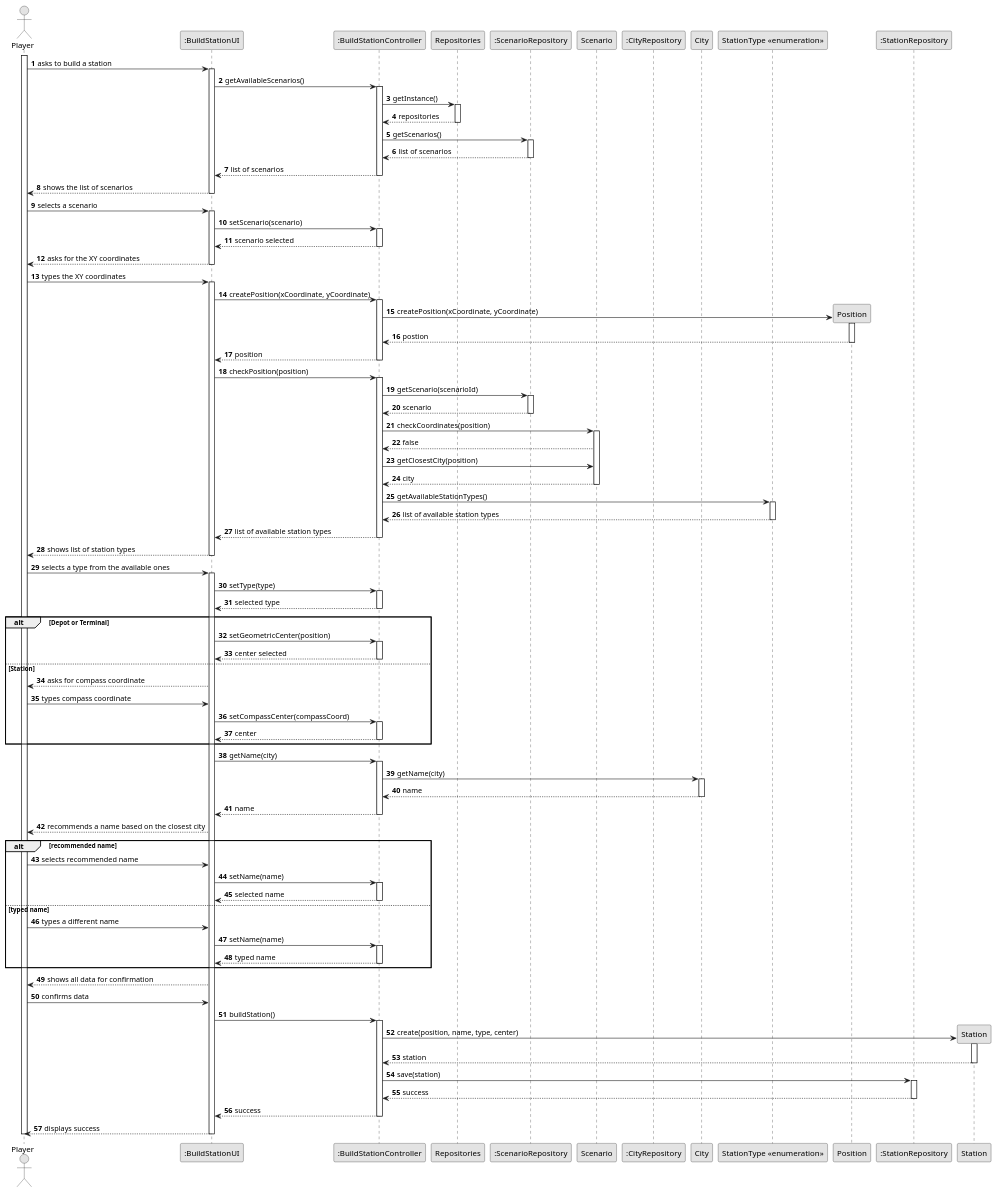
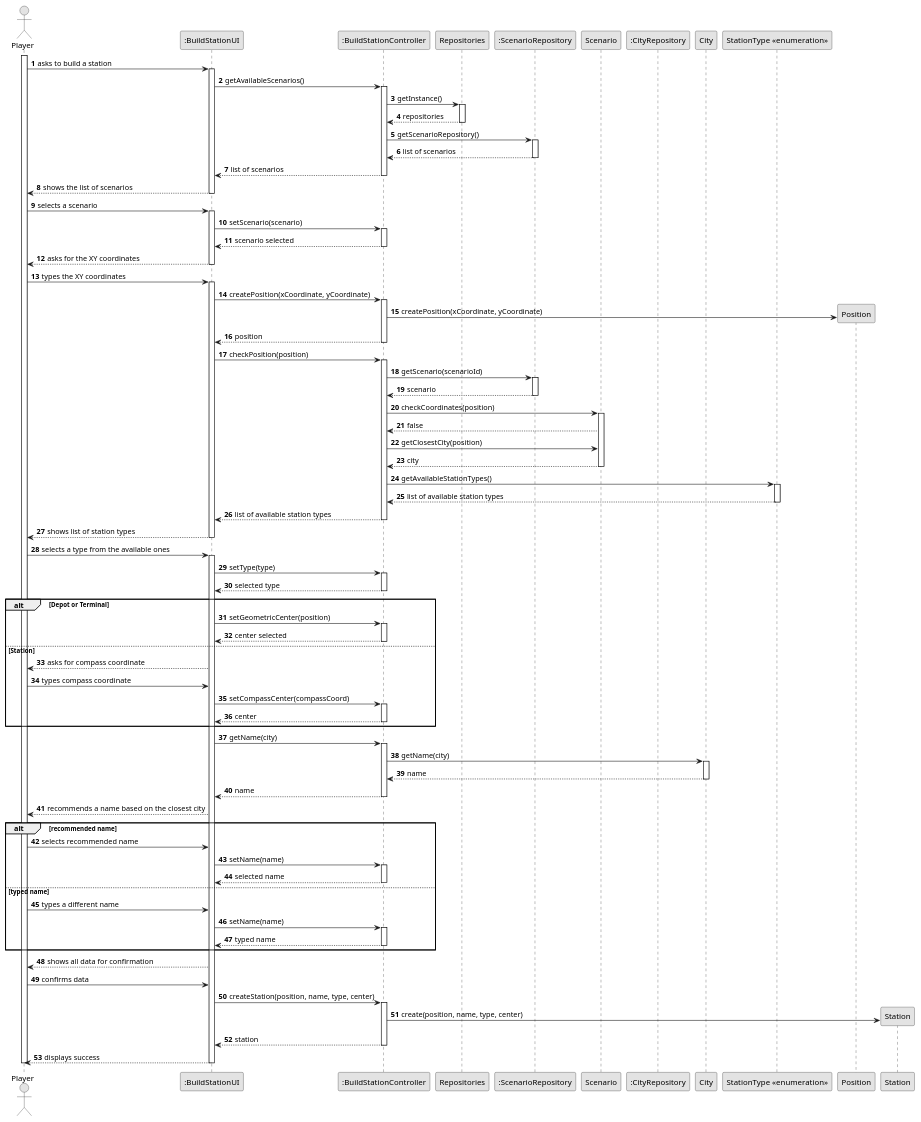
The diagram in Sprint2/US005/03.design/puml/US005-SD-full.puml (1240935/pi2-railway-simulator), drawn with PlantUML before and after one commit. The commit also changed 13 other files, not shown here.

```diff
--- a/Sprint2/US005/03.design/puml/US005-SD-full.puml
+++ b/Sprint2/US005/03.design/puml/US005-SD-full.puml
@@ -1,197 +1,186 @@
 @startuml
 skinparam monochrome true
 skinparam packageStyle rectangle
 skinparam shadowing false
 
 autonumber
 
 actor "Player" as PLAYER
 participant ":BuildStationUI" as UI
 participant ":BuildStationController" as CTRL
 participant "Repositories" as REPOS
 participant ":ScenarioRepository" as SCEN_REPO
 participant "Scenario" as SCENARIO
 participant ":CityRepository" as CITY_REPO
 participant "City" as CITY
 participant "StationType <<enumeration>>" as TYPE
 participant "Position" as POSITION
-participant ":StationRepository" as STATION_REPO
 participant "Station" as STATION
 
 
 activate PLAYER
 
     PLAYER -> UI : asks to build a station
     activate UI
 
         UI -> CTRL : getAvailableScenarios()
         activate CTRL
 
                 CTRL -> REPOS : getInstance()
                 activate REPOS
 
                 REPOS --> CTRL: repositories
 
                 deactivate REPOS
 
-            CTRL -> SCEN_REPO : getScenarios()
+            CTRL -> SCEN_REPO : getScenarioRepository()
             activate SCEN_REPO
 
             SCEN_REPO --> CTRL : list of scenarios
 
             deactivate SCEN_REPO
         CTRL --> UI : list of scenarios
         deactivate CTRL
 
         UI --> PLAYER : shows the list of scenarios
     deactivate UI
 
     PLAYER -> UI : selects a scenario
     activate UI
 
         UI -> CTRL :setScenario(scenario)
 
         activate CTRL
 
         CTRL --> UI : scenario selected
 
         deactivate CTRL
 
          UI --> PLAYER :  asks for the XY coordinates
     deactivate UI
 
 
     PLAYER -> UI : types the XY coordinates
     activate UI
 
         UI -> CTRL : createPosition(xCoordinate, yCoordinate)
         activate CTRL
         CTRL -> POSITION **: createPosition(xCoordinate, yCoordinate)
-        activate POSITION
-        POSITION --> CTRL : postion
-        deactivate POSITION
+
         CTRL --> UI : position
         deactivate CTRL
 
         UI -> CTRL : checkPosition(position)
 
         activate CTRL
 
             CTRL -> SCEN_REPO : getScenario(scenarioId)
 
             activate SCEN_REPO
                 SCEN_REPO --> CTRL : scenario
             deactivate SCEN_REPO
 
             CTRL -> SCENARIO : checkCoordinates(position)
 
             activate SCENARIO
 
             SCENARIO --> CTRL : false
 
             CTRL -> SCENARIO : getClosestCity(position)
             SCENARIO --> CTRL : city
 
             deactivate SCENARIO
 
             CTRL -> TYPE : getAvailableStationTypes()
             activate TYPE
-            TYPE --> CTRL : list of available station types
+                TYPE --> CTRL : list of available station types
             deactivate TYPE
             CTRL --> UI : list of available station types
-            deactivate CTRL
+    deactivate CTRL
 
 
 
     UI --> PLAYER : shows list of station types
 
     deactivate UI
 
     PLAYER -> UI : selects a type from the available ones
 
     activate UI
         UI -> CTRL : setType(type)
 
         activate CTRL
 
         CTRL --> UI : selected type
 
         deactivate CTRL
 
     alt Depot or Terminal
         UI -> CTRL : setGeometricCenter(position)
         activate CTRL
         CTRL --> UI : center selected
         deactivate CTRL
     else Station
         UI --> PLAYER : asks for compass coordinate
 
         PLAYER -> UI : types compass coordinate
         UI -> CTRL : setCompassCenter(compassCoord)
 
         activate CTRL
 
         CTRL --> UI : center
 
 
         deactivate CTRL
 
         end alt
 
         UI -> CTRL: getName(city)
         activate CTRL
 
 
                                 CTRL -> CITY : getName(city)
 
                                 activate CITY
 
                                 CITY --> CTRL : name
 
                                 deactivate CITY
 
                                 CTRL --> UI : name
                 deactivate CTRL
 
 
         UI --> PLAYER : recommends a name based on the closest city
 
         alt recommended name
             PLAYER -> UI : selects recommended name
             UI -> CTRL : setName(name)
             activate CTRL
             CTRL --> UI : selected name
             deactivate CTRL
         else typed name
             PLAYER -> UI : types a different name
 
         UI -> CTRL : setName(name)
 
         activate CTRL
         CTRL --> UI : typed name
         deactivate CTRL
 
        end alt
     UI --> PLAYER : shows all data for confirmation
     PLAYER -> UI : confirms data
 
-        UI -> CTRL : buildStation()
+        UI -> CTRL : createStation(position, name, type, center)
         activate CTRL
             CTRL -> STATION **: create(position, name, type, center)
-            activate STATION
-            STATION --> CTRL: station
-            deactivate STATION
 
-            CTRL -> STATION_REPO : save(station)
-            activate STATION_REPO
-            STATION_REPO --> CTRL: success
-            deactivate STATION_REPO
-
-        CTRL --> UI : success
+        CTRL --> UI : station
         deactivate CTRL
 
     UI --> PLAYER : displays success
     deactivate UI
 
 deactivate PLAYER
 @enduml
```
